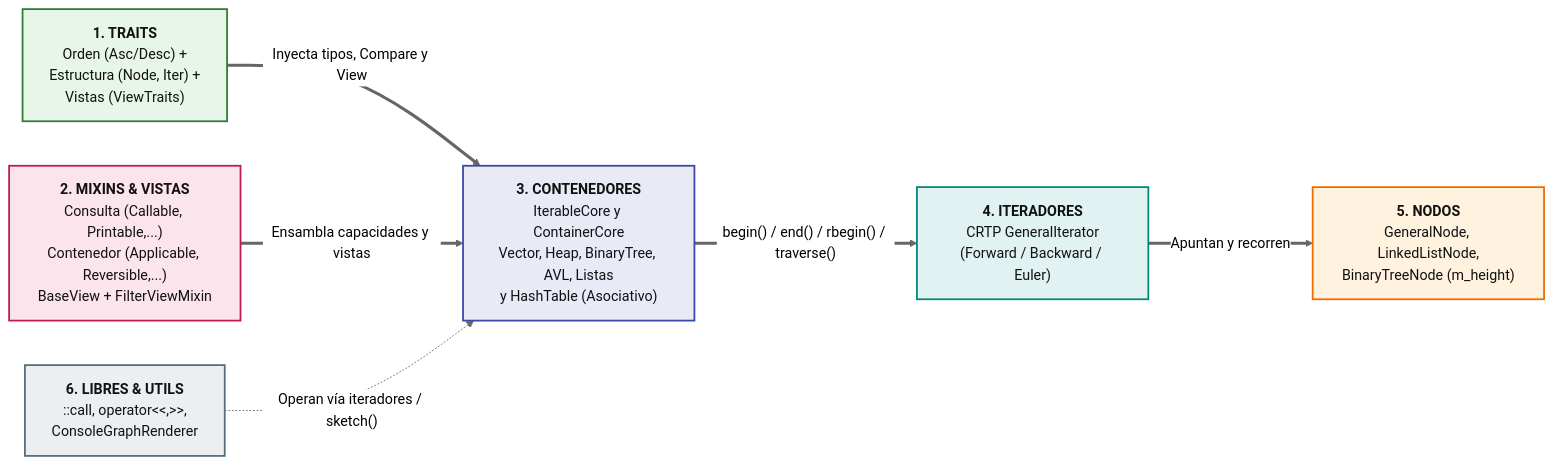
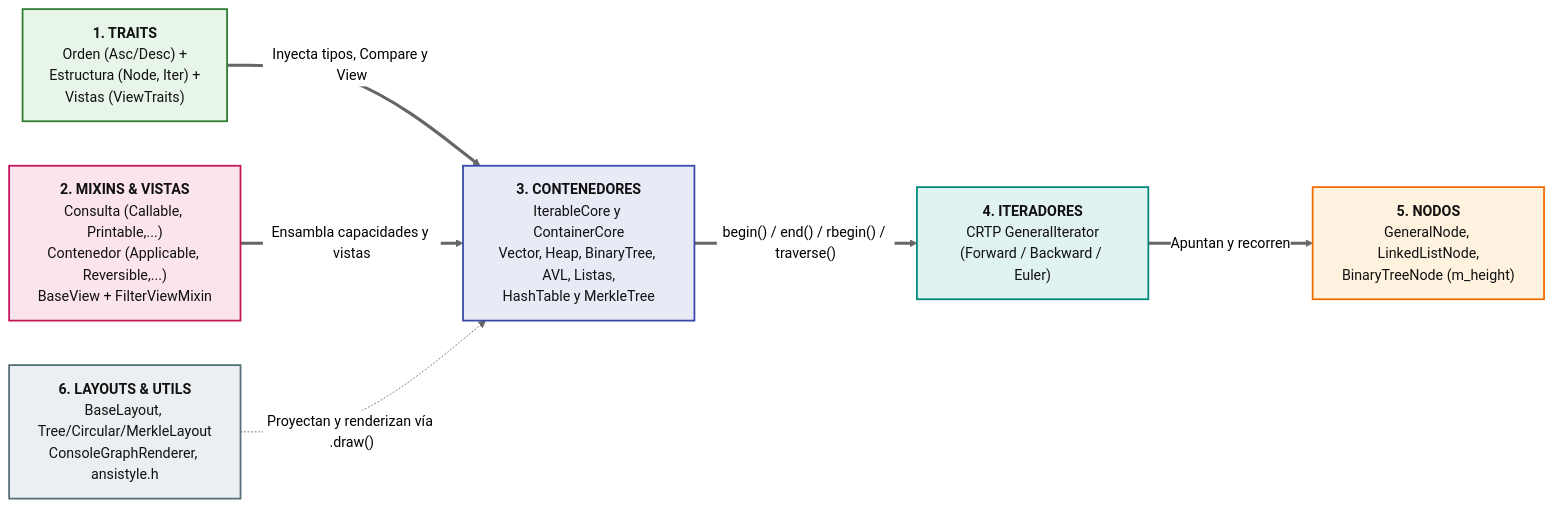
The first of 11 diagrams in README.md (AldoLunaBueno/2026-II-CS-UNI-CC0E5-AEDAv), drawn with Mermaid (neutral theme) before and after one commit. The commit also changed other lines of this file and 2 other files, not shown here.

Commit message:
documentar gráficamente merkle y refactorización de layouts de visualización

````diff
--- a/README.md
+++ b/README.md
@@ -31,29 +36,29 @@
 ```mermaid
 flowchart LR
     TRAITS["<b>1. TRAITS</b><br/>Orden (Asc/Desc) +<br/>Estructura (Node, Iter) +<br/>Vistas (ViewTraits)"]
     MIXINS["<b>2. MIXINS & VISTAS</b><br/>Consulta (Callable, Printable,...)<br/>Contenedor (Applicable, Reversible,...)<br/>BaseView + FilterViewMixin"]
-    CONT["<b>3. CONTENEDORES</b><br/>IterableCore y ContainerCore<br/>Vector, Heap, BinaryTree, AVL, Listas<br/>y HashTable (Asociativo)"]
+    CONT["<b>3. CONTENEDORES</b><br/>IterableCore y ContainerCore<br/>Vector, Heap, BinaryTree, AVL, Listas,<br/>HashTable y MerkleTree"]
     ITER["<b>4. ITERADORES</b><br/>CRTP GeneralIterator<br/>(Forward / Backward / Euler)"]
     NODOS["<b>5. NODOS</b><br/>GeneralNode, LinkedListNode,<br/>BinaryTreeNode (m_height)"]
-    LIBRES["<b>6. LIBRES & UTILS</b><br/>::call, operator&lt;&lt;,&gt;&gt;,<br/>ConsoleGraphRenderer"]
+    LIBRES["<b>6. LAYOUTS & UTILS</b><br/>BaseLayout, Tree/Circular/MerkleLayout<br/>ConsoleGraphRenderer, ansistyle.h"]
 
     TRAITS ==>|"Inyecta tipos, Compare y View"| CONT
     MIXINS ==>|"Ensambla capacidades y vistas"| CONT
     CONT ==>|"begin() / end() / rbegin() / traverse()"| ITER
     ITER ==>|"Apuntan y recorren"| NODOS
-    LIBRES -.->|"Operan vía iteradores / sketch()"| CONT
+    LIBRES -.->|"Proyectan y renderizan vía .draw()"| CONT
 
     classDef c1 fill:#E8EAF6,stroke:#3949AB,color:#111,stroke-width:2px;
     classDef c2 fill:#FCE4EC,stroke:#C2185B,color:#111,stroke-width:2px;
     classDef c3 fill:#E0F2F1,stroke:#00897B,color:#111,stroke-width:2px;
     classDef c4 fill:#FFF3E0,stroke:#EF6C00,color:#111,stroke-width:2px;
     classDef c5 fill:#E8F5E9,stroke:#2E7D32,color:#111,stroke-width:2px;
     classDef c6 fill:#ECEFF1,stroke:#546E7A,color:#111,stroke-width:2px;
 
     class CONT c1
     class MIXINS c2
     class ITER c3
     class NODOS c4
     class TRAITS c5
     class LIBRES c6
 ```
````
